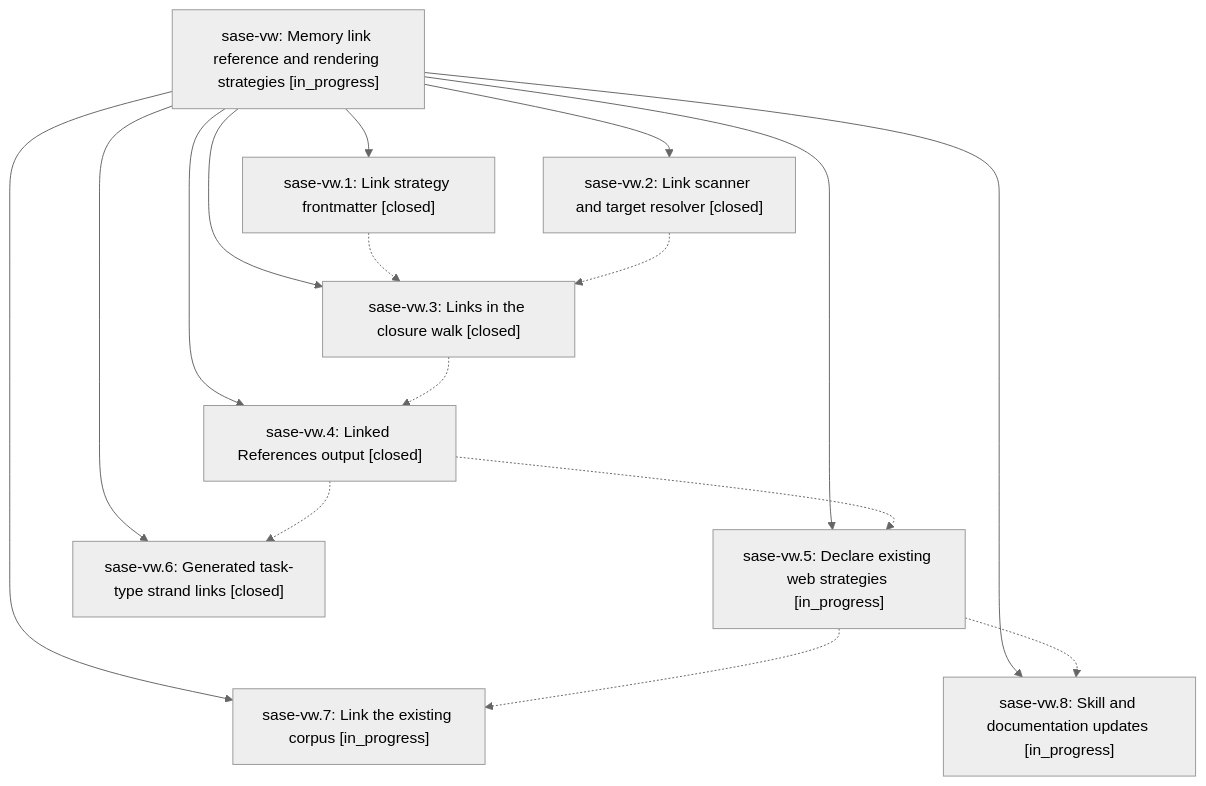
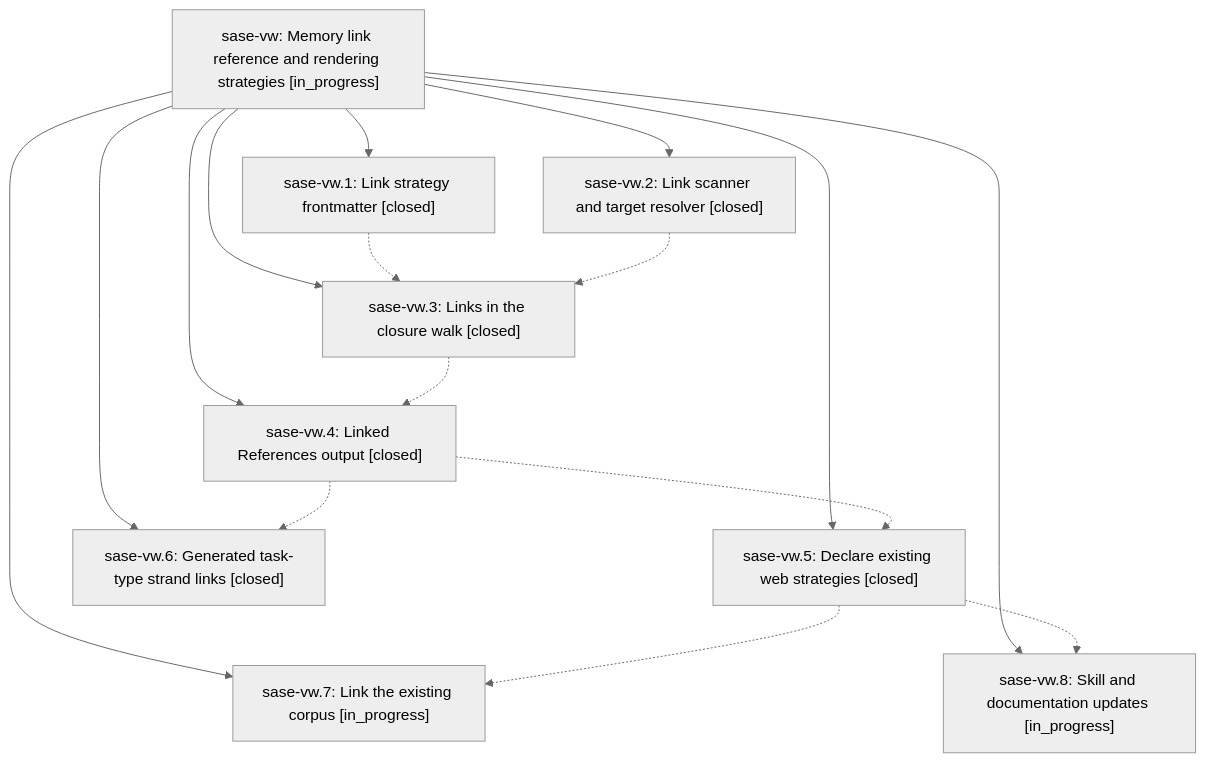
The diagram in pages/sase-vw/README.md (sase-org/sase--beads), drawn with Mermaid (neutral theme) before and after one commit. The commit also changed other lines of this file and 4 other files, not shown here.

````diff
--- a/pages/sase-vw/README.md
+++ b/pages/sase-vw/README.md
@@ -41,27 +41,27 @@
 ```mermaid
 flowchart TD
     n0["sase-vw: Memory link reference and rendering strategies [in_progress]"]
     n1["sase-vw.1: Link strategy frontmatter [closed]"]
     n2["sase-vw.2: Link scanner and target resolver [closed]"]
     n3["sase-vw.3: Links in the closure walk [closed]"]
     n4["sase-vw.4: Linked References output [closed]"]
-    n5["sase-vw.5: Declare existing web strategies [in_progress]"]
+    n5["sase-vw.5: Declare existing web strategies [closed]"]
     n6["sase-vw.6: Generated task-type strand links [closed]"]
     n7["sase-vw.7: Link the existing corpus [in_progress]"]
     n8["sase-vw.8: Skill and documentation updates [in_progress]"]
     n0 --> n1
     n0 --> n2
     n0 --> n3
     n0 --> n4
     n0 --> n5
     n0 --> n6
     n0 --> n7
     n0 --> n8
     n1 -.-> n3
     n2 -.-> n3
     n3 -.-> n4
     n4 -.-> n5
     n4 -.-> n6
     n5 -.-> n7
     n5 -.-> n8
 ```
````
